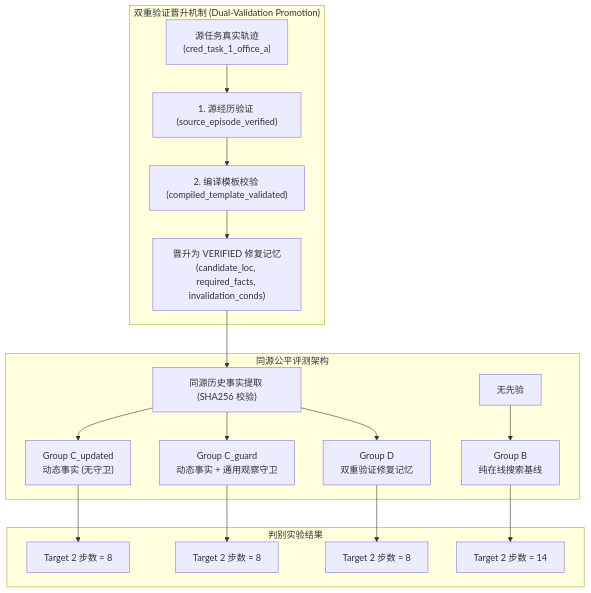
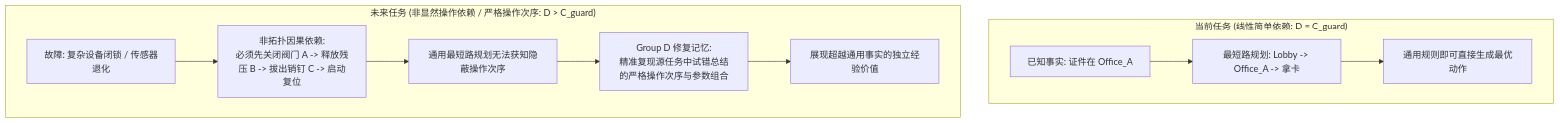
One commit to JingAo-Shen/failmem-ros2-agent changed the diagram in research/agent_task_repair/pilot_report.md. Above: the diagram before and after it, drawn with Mermaid. The commit also changed other lines of this file and 7 other files, not shown here.

````diff
--- a/research/agent_task_repair/pilot_report.md
+++ b/research/agent_task_repair/pilot_report.md
@@ -79,23 +126,14 @@
 ```mermaid
-flowchart TB
-    subgraph S1["双重验证晋升机制 (Dual-Validation Promotion)"]
-        RawTraj["源任务真实轨迹<br/>(cred_task_1_office_a)"] --> V1["1. 源经历验证 (source_episode_verified)"]
-        V1 --> V2["2. 编译模板校验 (compiled_template_validated)"]
-        V2 --> Promoted["晋升为 VERIFIED 修复记忆<br/>(candidate_loc, required_facts, invalidation_conds)"]
+flowchart TD
+    subgraph S1["当前任务 (线性简单依赖: D ≡ C_guard)"]
+        F1["已知事实: 证件在 Office_A"] --> P1["最短路规划: Lobby -> Office_A -> 拿卡"]
+        P1 --> G1["通用规则即可直接生成最优动作"]
     end
 
-    subgraph S2["同源公平评测架构"]
-        Promoted --> Ext["同源历史事实提取 (SHA256 校验)"]
-        Ext --> GCu["Group C_updated<br/>动态事实 (无守卫)"]
-        Ext --> GCg["Group C_guard<br/>动态事实 + 通用观察守卫"]
-        Ext --> GD["Group D<br/>双重验证修复记忆"]
-        RawNone["无先验"] --> GB["Group B<br/>纯在线搜索基线"]
-    end
-
-    subgraph S3["判别实验结果"]
-        GCu --> R1["Target 2 步数 = 8"]
-        GCg --> R2["Target 2 步数 = 8"]
-        GD --> R3["Target 2 步数 = 8"]
-        GB --> R4["Target 2 步数 = 14"]
+    subgraph S2["未来任务 (非显然操作依赖 / 严格操作次序: D > C_guard)"]
+        F2["故障: 复杂设备闭锁 / 传感器退化"] --> N1["非拓扑因果依赖:<br/>必须先关闭阀门 A -> 释放残压 B -> 拔出销钉 C -> 启动复位"]
+        N1 --> D1["通用最短路规划无法获知隐蔽操作次序"]
+        D1 --> M1["Group D 修复记忆:<br/>精准复现源任务中试错总结的严格操作次序与参数组合"]
+        M1 --> WIN["展现超越通用事实的独立经验价值"]
     end
 ```
````
